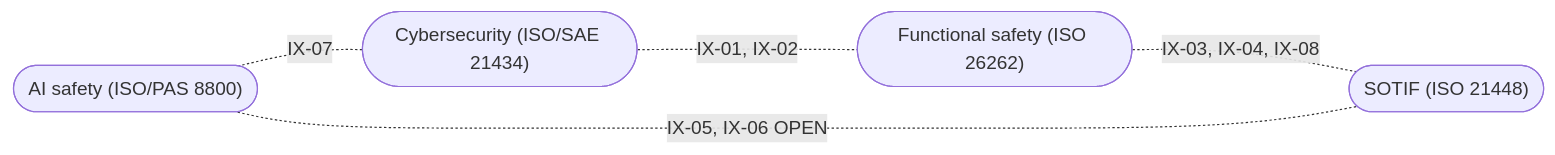
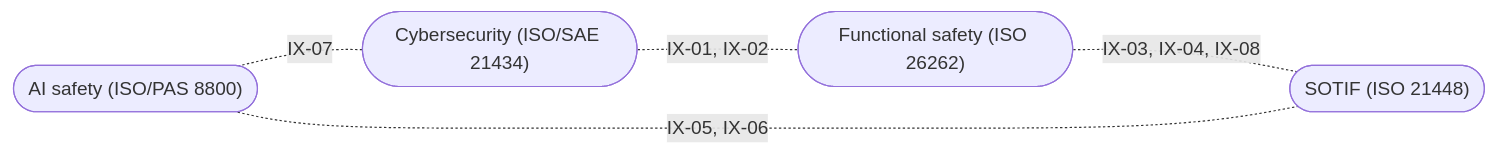
One commit to jherrodthomas/LionDriver changed the second of 2 diagrams in assurance/process/maps/g1-concept.md. Above: the diagram before and after it, drawn with Mermaid. The commit also changed other lines of this file and 16 other files, not shown here.

````diff
--- a/assurance/process/maps/g1-concept.md
+++ b/assurance/process/maps/g1-concept.md
@@ -78,11 +78,11 @@
 ```mermaid
 flowchart LR
   fusa(["Functional safety (ISO 26262)"])
   sotif(["SOTIF (ISO 21448)"])
   ai(["AI safety (ISO/PAS 8800)"])
   cs(["Cybersecurity (ISO/SAE 21434)"])
   cs -. "IX-01, IX-02" .- fusa
   fusa -. "IX-03, IX-04, IX-08" .- sotif
-  ai -. "IX-05, IX-06 OPEN" .- sotif
+  ai -. "IX-05, IX-06" .- sotif
   ai -. "IX-07" .- cs
 ```
````
